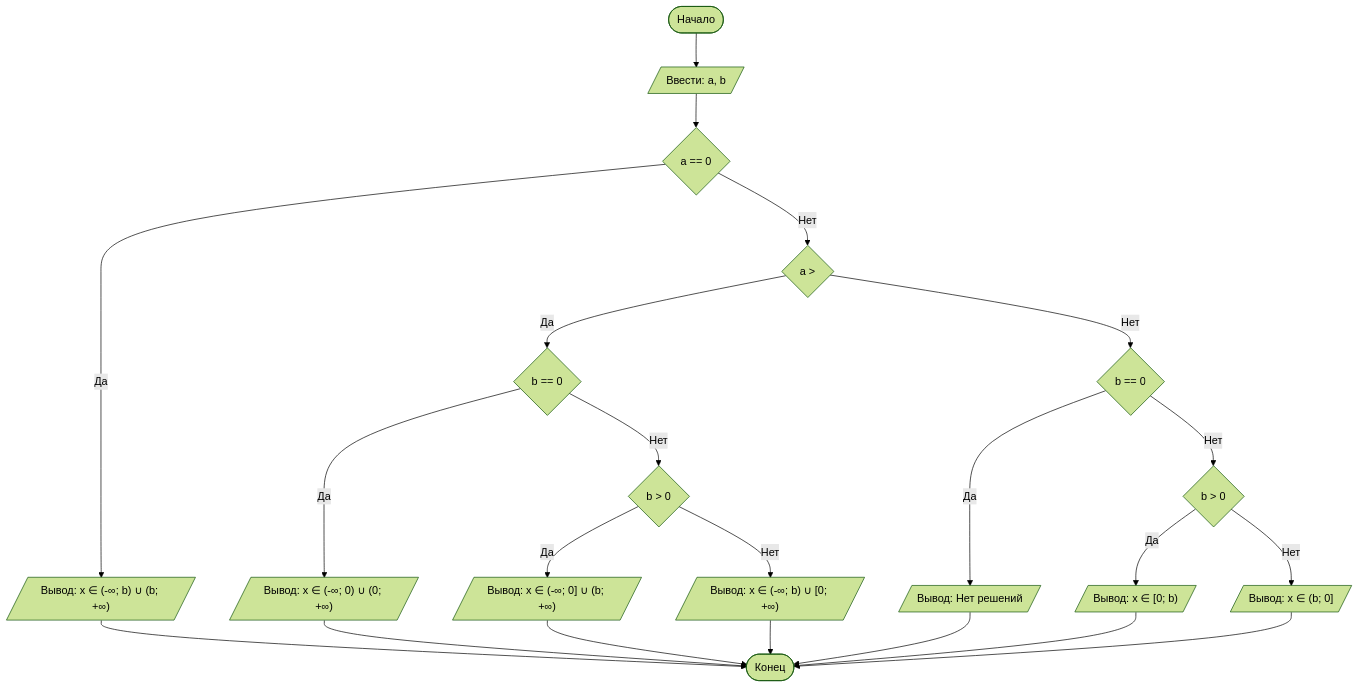
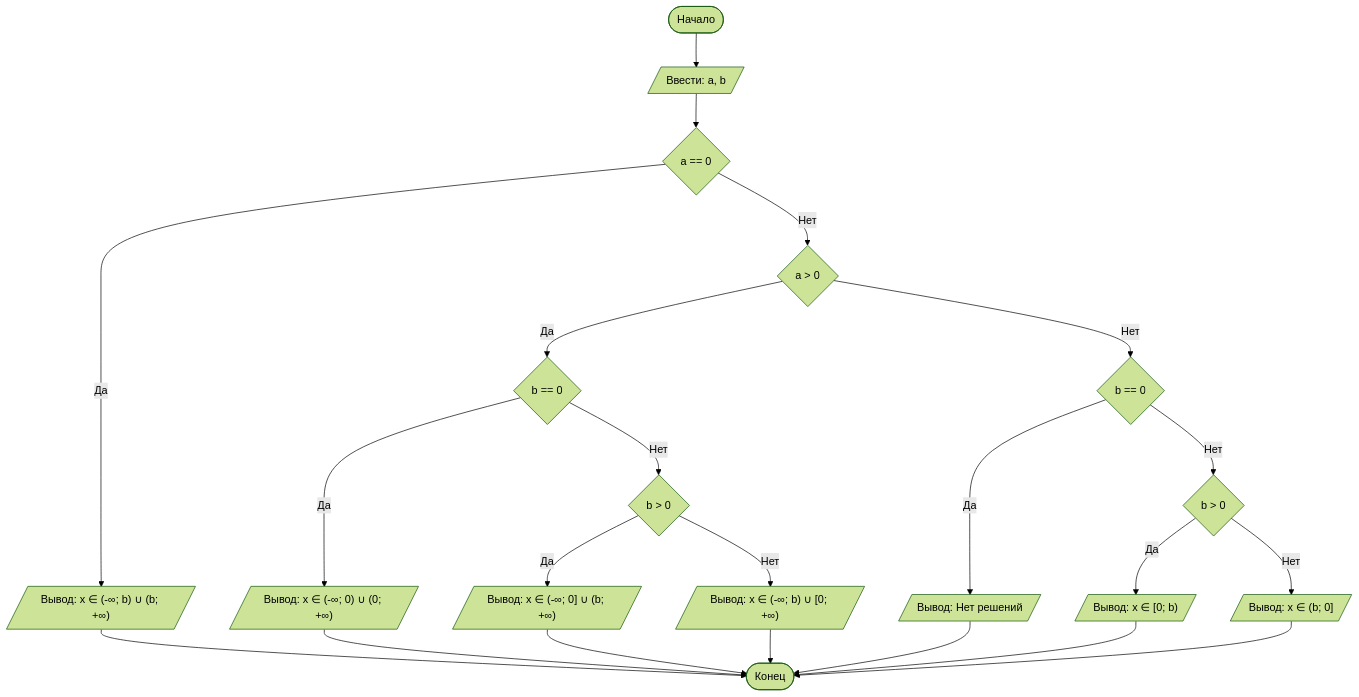
Before and after one commit to ajen-uv/laba: the diagram in README.md, drawn with Mermaid (forest theme).

````diff
--- a/README.md
+++ b/README.md
@@ -79,24 +79,24 @@
 ```mermaid
 graph TD
     A([Начало]) --> B[/Ввести: a, b/]
     B --> C{"a == 0"}
     C -- Да --> D[/"Вывод: x ∈ (-∞; b) ∪ (b; +∞)"/]
     D --> Z([Конец])
-    C -- Нет --> E{"a > "}
+    C -- Нет --> E{"a > 0"}
     E -- Да --> F{"b == 0"}
     F -- Да --> G[/"Вывод: x ∈ (-∞; 0) ∪ (0; +∞)"/]
     G --> Z
     F -- Нет --> H{"b > 0"}
     H -- Да --> I[/"Вывод: x ∈ (-∞; 0] ∪ (b; +∞)"/]
     I --> Z
     H -- Нет --> J[/"Вывод: x ∈ (-∞; b) ∪ [0; +∞)"/]
     J --> Z
     E -- Нет --> K{"b == 0"}
     K -- Да --> L[/"Вывод: Нет решений"/]
     L --> Z
     K -- Нет --> M{"b > 0"}
     M -- Да --> N[/"Вывод: x ∈ [0; b)"/]
     N --> Z
     M -- Нет --> O[/"Вывод: x ∈ (b; 0]"/]
     O --> Z
 ```
````
